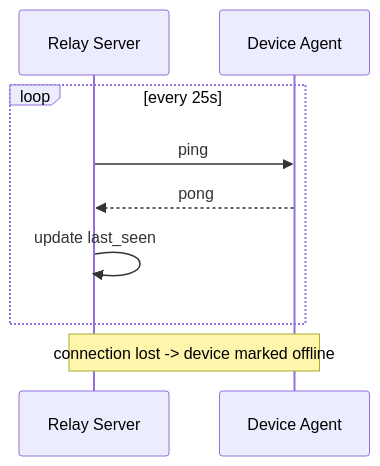
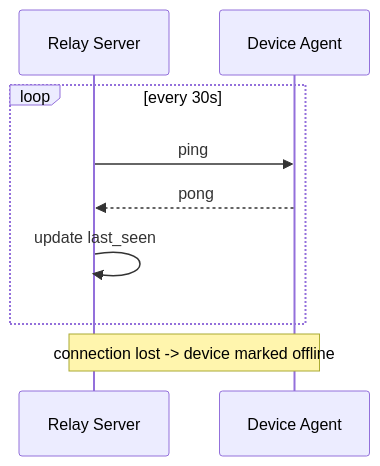
Before and after one commit to pcc-258/warpmesh: the fifth of 11 diagrams in docs/architecture.md, drawn with Mermaid. The commit also changed other lines of this file and 48 other files, not shown here.

````diff
--- a/docs/architecture.md
+++ b/docs/architecture.md
@@ -140,12 +143,12 @@
 ```mermaid
 sequenceDiagram
     participant S as Relay Server
     participant A as Device Agent
 
-    loop every 25s
+    loop every 30s
         S->>A: ping
         A-->>S: pong
         S->>S: update last_seen
     end
     Note over S,A: connection lost -> device marked offline
 ```
````
